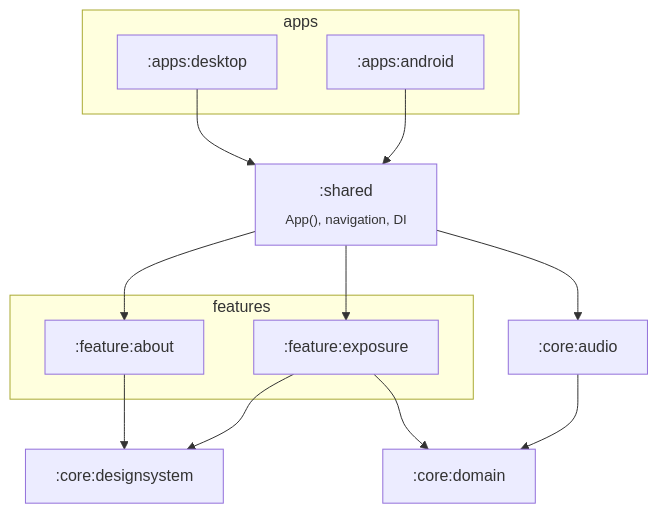
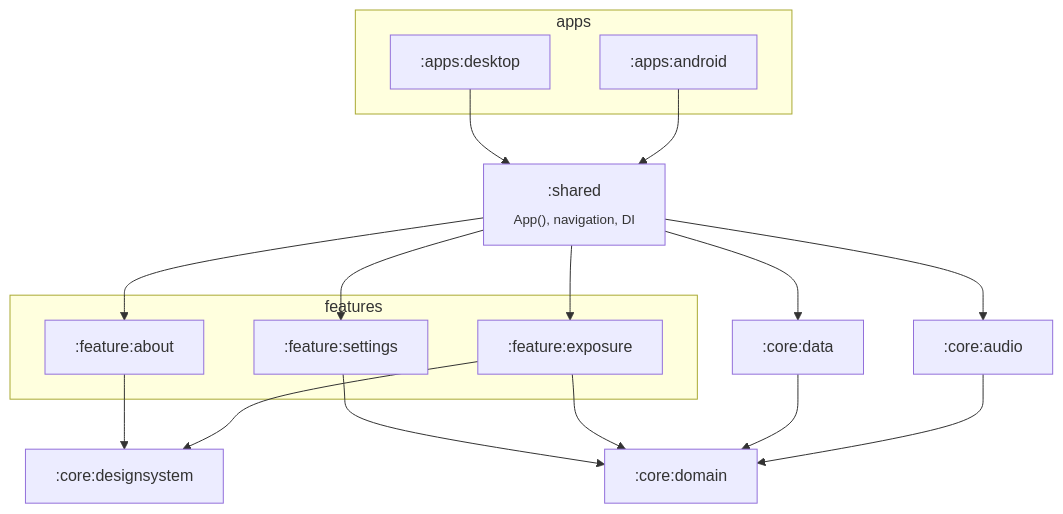
The first of 2 diagrams in docs/architecture.md (JeanCarloLond/WHLambda), drawn with Mermaid before and after one commit. The commit also changed other lines of this file and 47 other files, not shown here.

````diff
--- a/docs/architecture.md
+++ b/docs/architecture.md
@@ -10,24 +10,30 @@
 ```mermaid
 flowchart TB
     subgraph apps
         android[":apps:android"]
         desktop[":apps:desktop"]
     end
     shared[":shared<br/><sub>App(), navigation, DI</sub>"]
     subgraph features
         exposure[":feature:exposure"]
+        settings[":feature:settings"]
         about[":feature:about"]
     end
     designsystem[":core:designsystem"]
     domain[":core:domain"]
+    data[":core:data"]
 
     android --> shared
     desktop --> shared
     shared --> exposure
+    shared --> settings
     shared --> about
+    shared --> data
     shared --> audio[":core:audio"]
     audio --> domain
+    data --> domain
     exposure --> designsystem
     exposure --> domain
+    settings --> domain
     about --> designsystem
 ```
````
